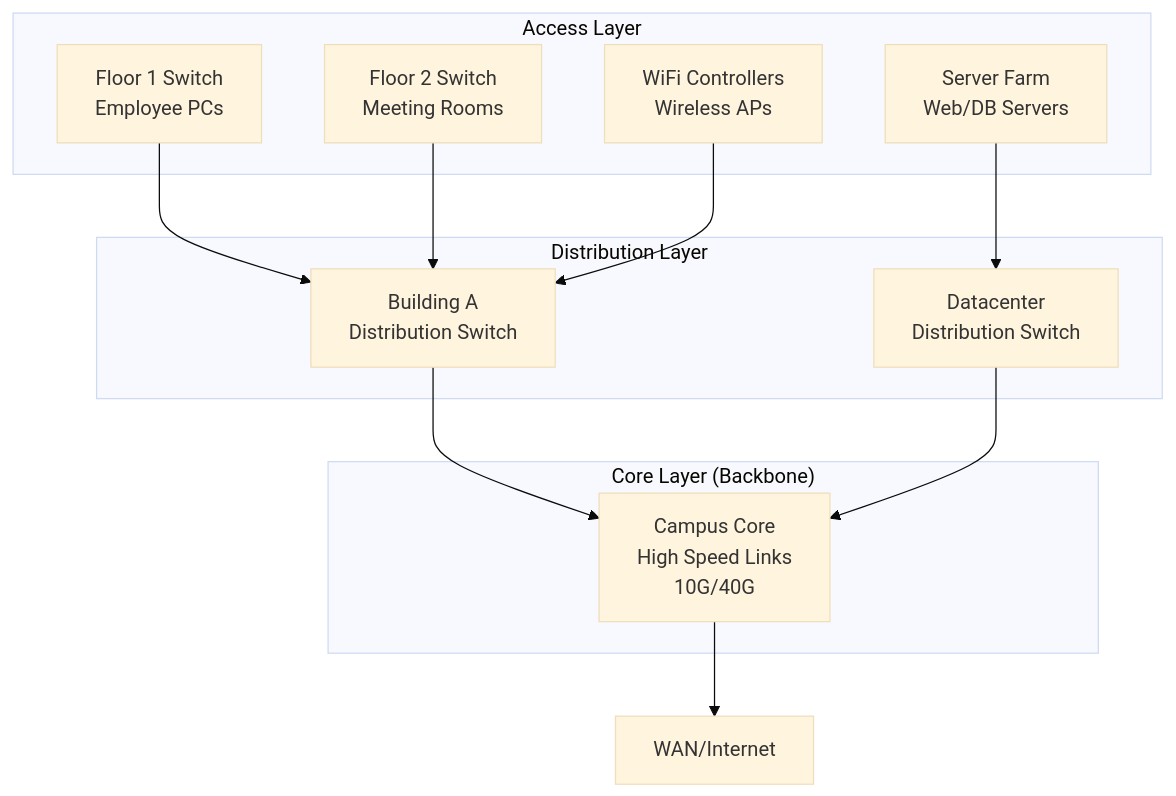
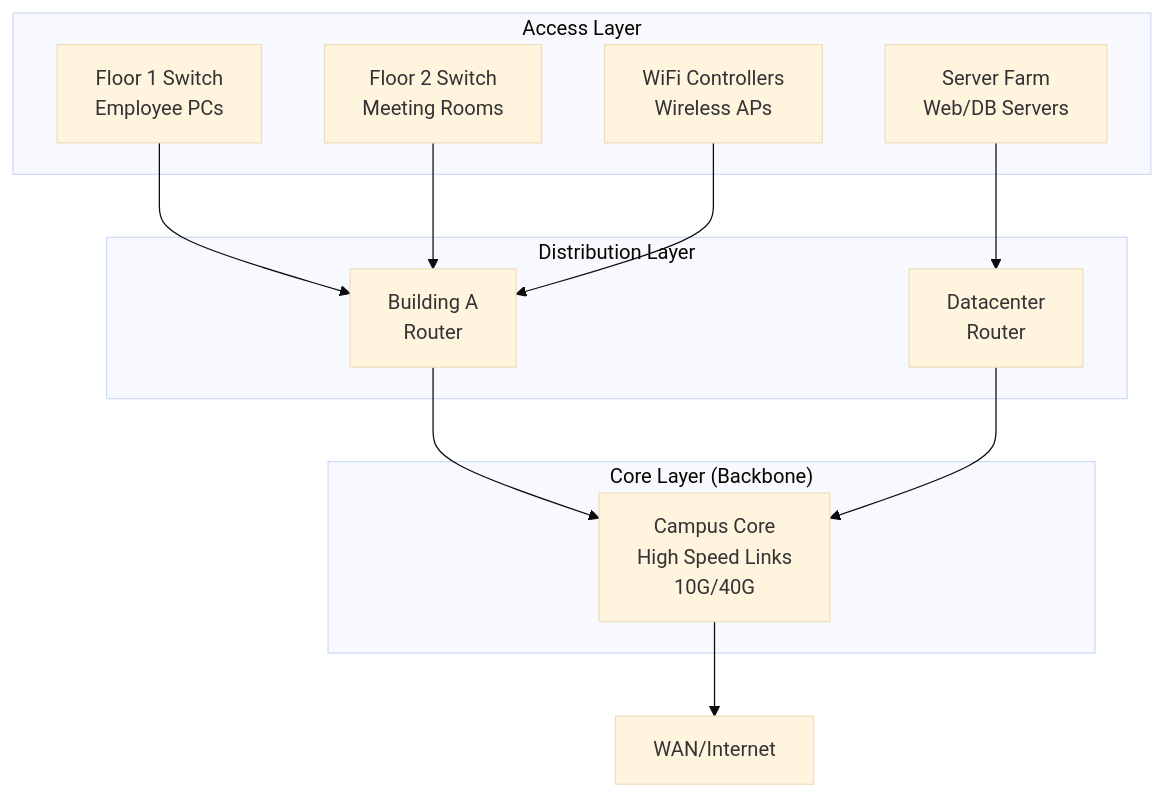
One commit to tkr22777/teaching-kg-574 changed the first of 2 diagrams in 03_backbones_segmentation.md. Above: the diagram before and after it, drawn with Mermaid (base theme). The commit also changed other lines of this file and 1 other file, not shown here.

````diff
--- a/03_backbones_segmentation.md
+++ b/03_backbones_segmentation.md
@@ -48,27 +49,27 @@
 ```mermaid
 graph TD
   subgraph "Access Layer"
     AS1[Floor 1 Switch<br/>Employee PCs]
     AS2[Floor 2 Switch<br/>Meeting Rooms]
     AS3[WiFi Controllers<br/>Wireless APs]
     AS4[Server Farm<br/>Web/DB Servers]
   end
   
   subgraph "Distribution Layer"
-    DS1[Building A<br/>Distribution Switch]
-    DS2[Datacenter<br/>Distribution Switch]
+    DS1[Building A<br/>Router]
+    DS2[Datacenter<br/>Router]
   end
   
   subgraph "Core Layer (Backbone)"
     CS[Campus Core<br/>High Speed Links<br/>10G/40G]
   end
   
   AS1 --> DS1
   AS2 --> DS1
   AS3 --> DS1
   AS4 --> DS2
   
   DS1 --> CS
   DS2 --> CS
   CS --> WAN/Internet
 ```
````
